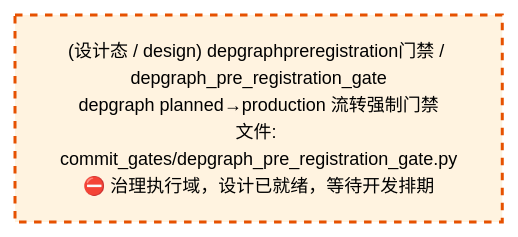
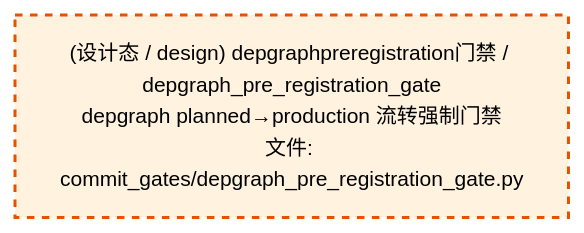
Before and after one commit to xuanFelixVan/ZephyrAlpha: the third of 4 diagrams in docs/02_enterprise_architecture/02_domain_architecture_docs/53_d_gov_enforcement.md, drawn with Mermaid. The commit also changed other lines of this file and 61 other files, not shown here.

````diff
--- a/docs/02_enterprise_architecture/02_domain_architecture_docs/53_d_gov_enforcement.md
+++ b/docs/02_enterprise_architecture/02_domain_architecture_docs/53_d_gov_enforcement.md
@@ -342,10 +342,10 @@
 ```mermaid
-%%{init: {'theme': 'base', 'themeVariables': {'primaryColor': '#eaeaea', 'primaryTextColor': '#333333', 'primaryBorderColor': '#666666', 'lineColor': '#666666', 'secondaryColor': '#eaeaea', 'tertiaryColor': '#eaeaea', 'fontSize': '12px'}}}%%
+%%{init: {'theme': 'base', 'themeVariables': {'primaryColor': '#eaeaea', 'primaryTextColor': '#333333', 'primaryBorderColor': '#666666', 'lineColor': '#666666', 'secondaryColor': '#eaeaea', 'tertiaryColor': '#eaeaea', 'fontSize': '14px'}}}%%
 flowchart TD
-    src_zephyr_gov_enforcement_commit_gates_depgraph_pre_registration_gate_py["(设计态 / design) depgraphpreregistration门禁 / depgraph_pre_registration_gate<br/>depgraph planned→production 流转强制门禁<br/>文件: commit_gates/depgraph_pre_registration_gate.py<br/>⛔ 治理执行域，设计已就绪，等待开发排期"]
+    src_zephyr_gov_enforcement_commit_gates_depgraph_pre_registration_gate_py["(设计态 / design) depgraphpreregistration门禁 / depgraph_pre_registration_gate<br/>depgraph planned→production 流转强制门禁<br/>文件: commit_gates/depgraph_pre_registration_gate.py"]
     classDef production fill:#e1f5fe,stroke:#01579b,stroke-width:2px,color:#000
     classDef design fill:#fff3e0,stroke:#e65100,stroke-width:2px,color:#000,stroke-dasharray: 5 5
     classDef external_prod fill:#e8f4fd,stroke:#0277bd,stroke-width:1px,color:#000
     classDef external_design fill:#fff8e7,stroke:#ef6c00,stroke-width:1px,color:#000,stroke-dasharray: 5 5
     class src_zephyr_gov_enforcement_commit_gates_depgraph_pre_registration_gate_py design
 ```
````
